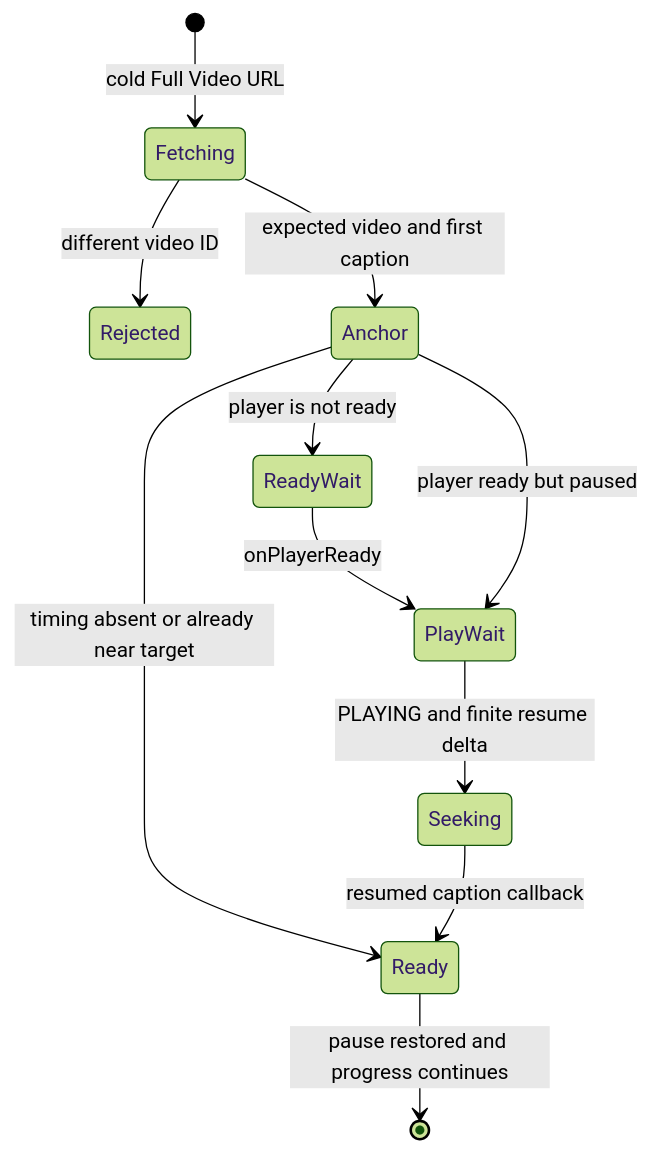
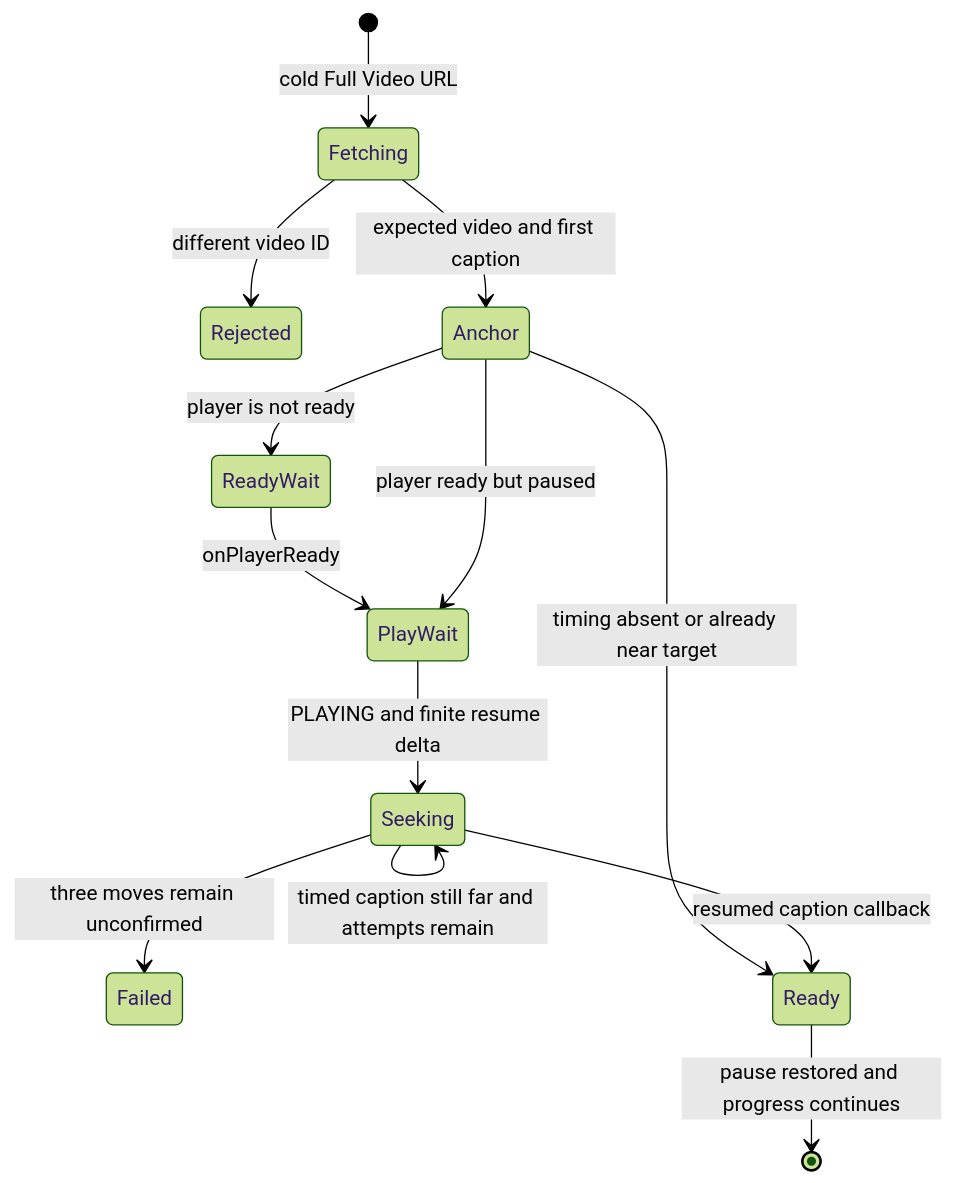
Before and after one commit to koreyba/ListenToLearn: the second of 2 diagrams in docs/ai/design/2026-08-27-feature-youglish-video-restore-anchor.md, drawn with Mermaid (forest theme). The commit also changed other lines of this file and 8 other files, not shown here.

````diff
--- a/docs/ai/design/2026-08-27-feature-youglish-video-restore-anchor.md
+++ b/docs/ai/design/2026-08-27-feature-youglish-video-restore-anchor.md
@@ -84,13 +88,15 @@
 ```mermaid
 stateDiagram-v2
   [*] --> Fetching: cold Full Video URL
   Fetching --> Rejected: different video ID
   Fetching --> Anchor: expected video and first caption
   Anchor --> ReadyWait: player is not ready
   ReadyWait --> PlayWait: onPlayerReady
   Anchor --> PlayWait: player ready but paused
   PlayWait --> Seeking: PLAYING and finite resume delta
+  Seeking --> Seeking: timed caption still far and attempts remain
+  Seeking --> Failed: three moves remain unconfirmed
   Anchor --> Ready: timing absent or already near target
   Seeking --> Ready: resumed caption callback
   Ready --> [*]: pause restored and progress continues
 ```
````
